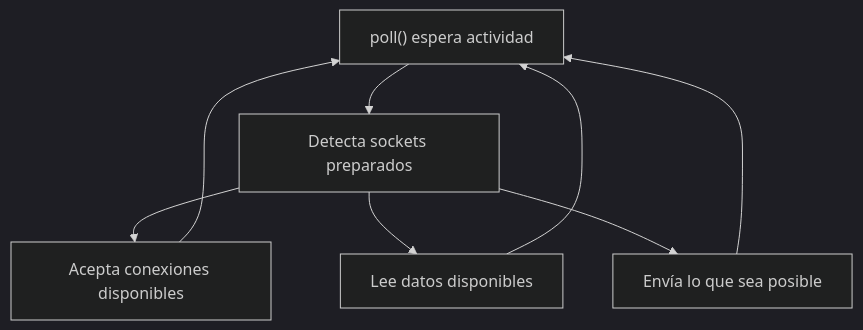
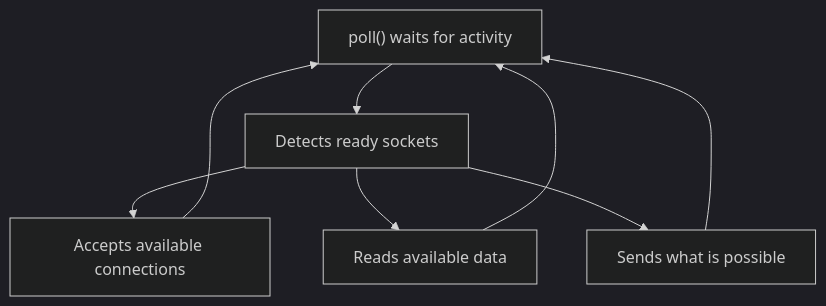
Before and after one commit to esettes/42-ft_irc: the diagram in docs/sockets.md, drawn with Mermaid (dark theme). The commit also changed other lines of this file and 28 other files, not shown here.

````diff
--- a/docs/sockets.md
+++ b/docs/sockets.md
@@ -3,10 +3,10 @@
 ```mermaid
 flowchart TD
-    Poll["poll() espera actividad"] --> Ready["Detecta sockets preparados"]
-    Ready --> Accept["Acepta conexiones disponibles"]
-    Ready --> Receive["Lee datos disponibles"]
-    Ready --> Send["Envía lo que sea posible"]
+    Poll["poll() waits for activity"] --> Ready["Detects ready sockets"]
+    Ready --> Accept["Accepts available connections"]
+    Ready --> Receive["Reads available data"]
+    Ready --> Send["Sends what is possible"]
     Receive --> Poll
     Send --> Poll
     Accept --> Poll
 ```
````
